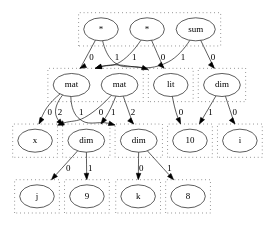
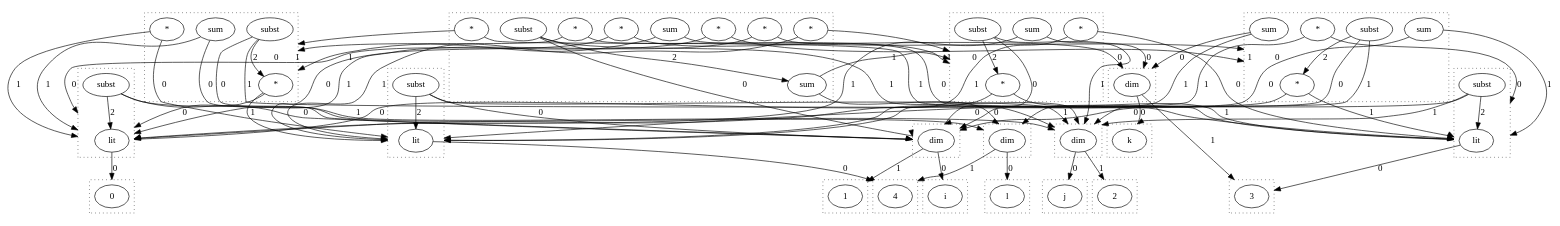
The diagram in dots/test.dot (wormhole-optimization/warp), drawn with Graphviz before and after one commit. The commit also changed 5 other files, not shown here.

```diff
--- a/dots/test.dot
+++ b/dots/test.dot
@@ -1,77 +1,172 @@
 digraph {
   compound=true
   subgraph cluster_0 {
     style=dotted
     0.0[label = "i"]
   }
   subgraph cluster_1 {
     style=dotted
-    1.0[label = "10"]
+    1.0[label = "1"]
   }
   subgraph cluster_2 {
     style=dotted
     2.0[label = "dim"]
   }
   subgraph cluster_3 {
     style=dotted
-    3.0[label = "x"]
+    3.0[label = "j"]
   }
   subgraph cluster_4 {
     style=dotted
-    4.0[label = "j"]
+    4.0[label = "2"]
   }
   subgraph cluster_5 {
     style=dotted
-    5.0[label = "9"]
+    5.0[label = "dim"]
   }
   subgraph cluster_6 {
     style=dotted
-    6.0[label = "dim"]
+    6.0[label = "k"]
   }
   subgraph cluster_7 {
     style=dotted
-    7.0[label = "k"]
+    7.0[label = "3"]
   }
   subgraph cluster_8 {
     style=dotted
-    8.0[label = "8"]
+    8.0[label = "dim"]
   }
   subgraph cluster_9 {
     style=dotted
-    9.0[label = "dim"]
+    9.0[label = "l"]
   }
   subgraph cluster_10 {
     style=dotted
-    10.0[label = "mat"]
-    10.1[label = "mat"]
+    10.0[label = "4"]
   }
   subgraph cluster_11 {
     style=dotted
-    11.0[label = "*"]
-    11.1[label = "sum"]
-    11.2[label = "*"]
+    11.0[label = "dim"]
   }
-  subgraph cluster_13 {
+  subgraph cluster_12 {
     style=dotted
-    13.0[label = "lit"]
+    12.0[label = "0"]
+  }
+  subgraph cluster_16 {
+    style=dotted
+    16.0[label = "sum"]
+    16.1[label = "subst"]
+    16.2[label = "sum"]
+    16.3[label = "*"]
+    16.4[label = "*"]
+    16.5[label = "*"]
+    16.6[label = "*"]
+    16.7[label = "*"]
+    16.8[label = "*"]
+  }
+  subgraph cluster_19 {
+    style=dotted
+    19.0[label = "*"]
+    19.1[label = "sum"]
+    19.2[label = "*"]
+    19.3[label = "subst"]
+  }
+  subgraph cluster_21 {
+    style=dotted
+    21.0[label = "*"]
+    21.1[label = "sum"]
+    21.2[label = "*"]
+    21.3[label = "subst"]
+  }
+  subgraph cluster_49 {
+    style=dotted
+    49.0[label = "lit"]
+    49.1[label = "subst"]
+  }
+  subgraph cluster_51 {
+    style=dotted
+    51.0[label = "lit"]
+    51.1[label = "subst"]
+  }
+  subgraph cluster_53 {
+    style=dotted
+    53.0[label = "lit"]
+    53.1[label = "subst"]
+  }
+  subgraph cluster_54 {
+    style=dotted
+    54.0[label = "*"]
+    54.1[label = "sum"]
+    54.2[label = "subst"]
+    54.3[label = "*"]
+    54.4[label = "sum"]
   }
   2.0 -> 0.0 [lhead = cluster_0, label = 0]
   2.0 -> 1.0 [lhead = cluster_1, label = 1]
-  6.0 -> 4.0 [lhead = cluster_4, label = 0]
-  6.0 -> 5.0 [lhead = cluster_5, label = 1]
-  9.0 -> 7.0 [lhead = cluster_7, label = 0]
-  9.0 -> 8.0 [lhead = cluster_8, label = 1]
-  10.0 -> 3.0 [lhead = cluster_3, label = 0]
-  10.0 -> 9.0 [lhead = cluster_9, label = 1]
-  10.0 -> 6.0 [lhead = cluster_6, label = 2]
-  10.1 -> 3.0 [lhead = cluster_3, label = 0]
-  10.1 -> 6.0 [lhead = cluster_6, label = 1]
-  10.1 -> 9.0 [lhead = cluster_9, label = 2]
-  11.0 -> 10.0 [lhead = cluster_10, label = 0]
-  11.0 -> 13.0 [lhead = cluster_13, label = 1]
-  11.1 -> 2.0 [lhead = cluster_2, label = 0]
-  11.1 -> 10.0 [lhead = cluster_10, label = 1]
-  11.2 -> 13.0 [lhead = cluster_13, label = 0]
-  11.2 -> 10.0 [lhead = cluster_10, label = 1]
-  13.0 -> 1.0 [lhead = cluster_1, label = 0]
+  5.0 -> 3.0 [lhead = cluster_3, label = 0]
+  5.0 -> 4.0 [lhead = cluster_4, label = 1]
+  8.0 -> 6.0 [lhead = cluster_6, label = 0]
+  8.0 -> 7.0 [lhead = cluster_7, label = 1]
+  11.0 -> 9.0 [lhead = cluster_9, label = 0]
+  11.0 -> 10.0 [lhead = cluster_10, label = 1]
+  16.0 -> 11.0 [lhead = cluster_11, label = 0]
+  16.0 -> 19.0 [lhead = cluster_19, label = 1]
+  16.1 -> 2.0 [lhead = cluster_2, label = 0]
+  16.1 -> 5.0 [lhead = cluster_5, label = 1]
+  16.1 -> 16.0 [lhead = cluster_16, label = 2]
+  16.2 -> 8.0 [lhead = cluster_8, label = 0]
+  16.2 -> 21.0 [lhead = cluster_21, label = 1]
+  16.3 -> 19.0 [lhead = cluster_19, label = 0]
+  16.3 -> 49.0 [lhead = cluster_49, label = 1]
+  16.4 -> 21.0 [lhead = cluster_21, label = 0]
+  16.4 -> 51.0 [lhead = cluster_51, label = 1]
+  16.5 -> 49.0 [lhead = cluster_49, label = 0]
+  16.5 -> 19.0 [lhead = cluster_19, label = 1]
+  16.6 -> 51.0 [lhead = cluster_51, label = 0]
+  16.6 -> 21.0 [lhead = cluster_21, label = 1]
+  16.7 -> 53.0 [lhead = cluster_53, label = 0]
+  16.7 -> 54.0 [lhead = cluster_54, label = 1]
+  16.8 -> 54.0 [lhead = cluster_54, label = 0]
+  16.8 -> 53.0 [lhead = cluster_53, label = 1]
+  19.0 -> 53.0 [lhead = cluster_53, label = 0]
+  19.0 -> 51.0 [lhead = cluster_51, label = 1]
+  19.1 -> 8.0 [lhead = cluster_8, label = 0]
+  19.1 -> 53.0 [lhead = cluster_53, label = 1]
+  19.2 -> 51.0 [lhead = cluster_51, label = 0]
+  19.2 -> 53.0 [lhead = cluster_53, label = 1]
+  19.3 -> 2.0 [lhead = cluster_2, label = 0]
+  19.3 -> 5.0 [lhead = cluster_5, label = 1]
+  19.3 -> 19.0 [lhead = cluster_19, label = 2]
+  21.0 -> 53.0 [lhead = cluster_53, label = 0]
+  21.0 -> 49.0 [lhead = cluster_49, label = 1]
+  21.1 -> 11.0 [lhead = cluster_11, label = 0]
+  21.1 -> 53.0 [lhead = cluster_53, label = 1]
+  21.2 -> 49.0 [lhead = cluster_49, label = 0]
+  21.2 -> 53.0 [lhead = cluster_53, label = 1]
+  21.3 -> 2.0 [lhead = cluster_2, label = 0]
+  21.3 -> 5.0 [lhead = cluster_5, label = 1]
+  21.3 -> 21.0 [lhead = cluster_21, label = 2]
+  49.0 -> 10.0 [lhead = cluster_10, label = 0]
+  49.1 -> 2.0 [lhead = cluster_2, label = 0]
+  49.1 -> 5.0 [lhead = cluster_5, label = 1]
+  49.1 -> 49.0 [lhead = cluster_49, label = 2]
+  51.0 -> 7.0 [lhead = cluster_7, label = 0]
+  51.1 -> 2.0 [lhead = cluster_2, label = 0]
+  51.1 -> 5.0 [lhead = cluster_5, label = 1]
+  51.1 -> 51.0 [lhead = cluster_51, label = 2]
+  53.0 -> 12.0 [lhead = cluster_12, label = 0]
+  53.1 -> 2.0 [lhead = cluster_2, label = 0]
+  53.1 -> 5.0 [lhead = cluster_5, label = 1]
+  53.1 -> 53.0 [lhead = cluster_53, label = 2]
+  54.0 -> 49.0 [lhead = cluster_49, label = 0]
+  54.0 -> 51.0 [lhead = cluster_51, label = 1]
+  54.1 -> 8.0 [lhead = cluster_8, label = 0]
+  54.1 -> 49.0 [lhead = cluster_49, label = 1]
+  54.2 -> 2.0 [lhead = cluster_2, label = 0]
+  54.2 -> 5.0 [lhead = cluster_5, label = 1]
+  54.2 -> 54.0 [lhead = cluster_54, label = 2]
+  54.3 -> 51.0 [lhead = cluster_51, label = 0]
+  54.3 -> 49.0 [lhead = cluster_49, label = 1]
+  54.4 -> 11.0 [lhead = cluster_11, label = 0]
+  54.4 -> 51.0 [lhead = cluster_51, label = 1]
 }
```
